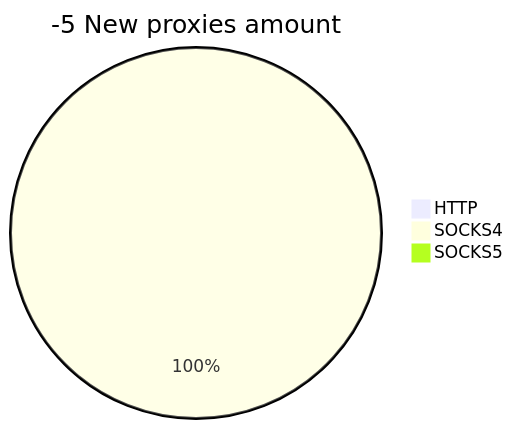
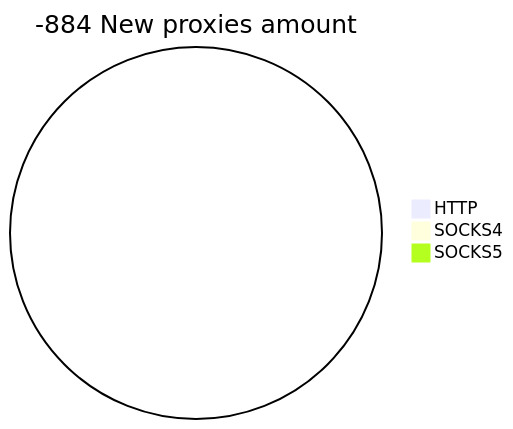
Before and after one commit to cutipu/proxylist: the second of 2 diagrams in README.md, drawn with Mermaid. The commit also changed other lines of this file, not shown here.

````diff
--- a/README.md
+++ b/README.md
@@ -10,6 +10,6 @@
 ```mermaid
-pie title -5 New proxies amount
+pie title -884 New proxies amount
     "HTTP" : 0
-    "SOCKS4" : 1
+    "SOCKS4" : 0
     "SOCKS5" : 0
 ```
````
